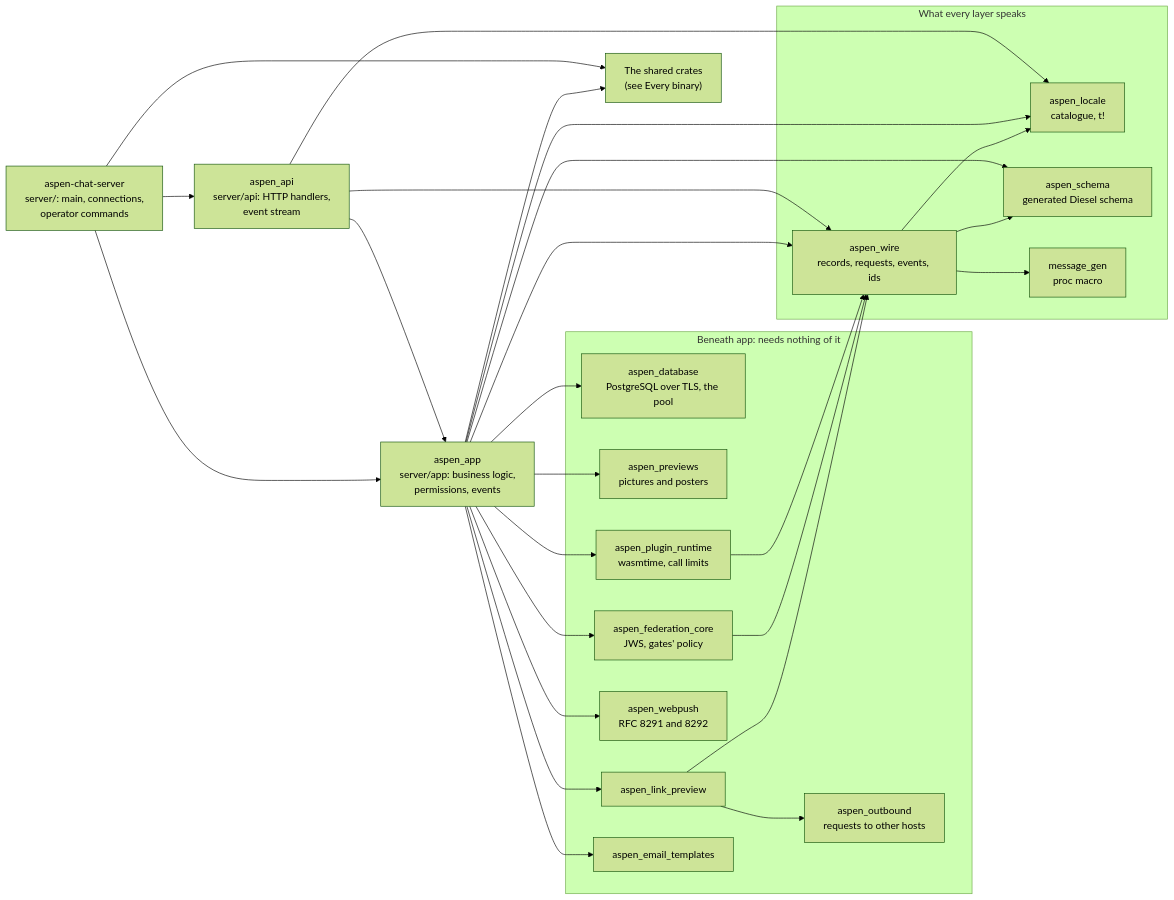
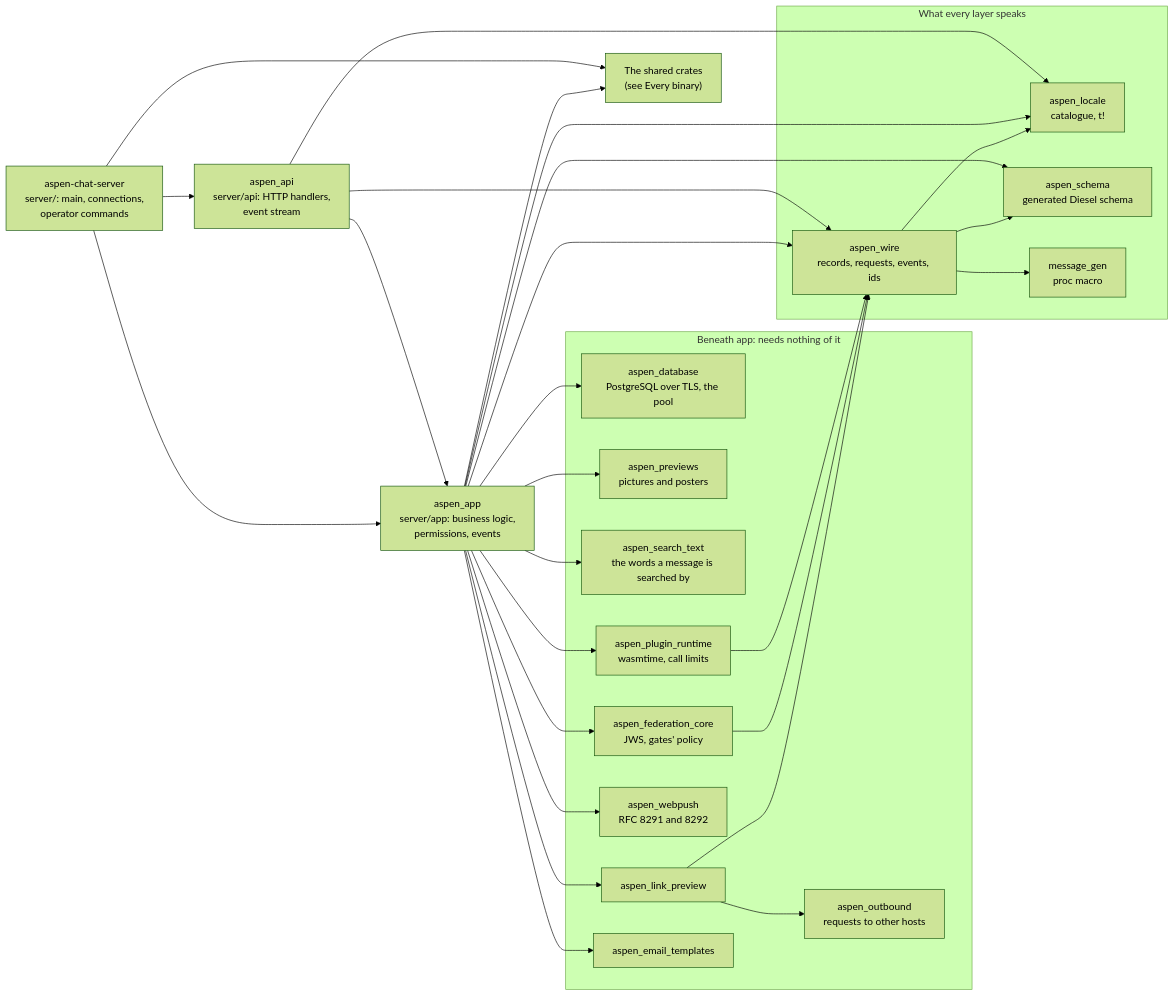
One commit to aspen-chat/aspen-chat-server changed the first of 3 diagrams in docs/diagrams/crates.md. Above: the diagram before and after it, drawn with Mermaid (forest theme). The commit also changed other lines of this file and 21 other files, not shown here.

````diff
--- a/docs/diagrams/crates.md
+++ b/docs/diagrams/crates.md
@@ -12,36 +12,37 @@
 ```mermaid
 flowchart LR
     bin["aspen-chat-server<br/>server/: main, connections,<br/>operator commands"]
     api["aspen_api<br/>server/api: HTTP handlers,<br/>event stream"]
     app["aspen_app<br/>server/app: business logic,<br/>permissions, events"]
 
     subgraph beneath["Beneath app: needs nothing of it"]
         database["aspen_database<br/>PostgreSQL over TLS, the pool"]
         previews["aspen_previews<br/>pictures and posters"]
+        search_text["aspen_search_text<br/>the words a message is searched by"]
         plugin_rt["aspen_plugin_runtime<br/>wasmtime, call limits"]
         link_preview["aspen_link_preview"]
         outbound["aspen_outbound<br/>requests to other hosts"]
         webpush["aspen_webpush<br/>RFC 8291 and 8292"]
         fed_core["aspen_federation_core<br/>JWS, gates' policy"]
         email_tpl["aspen_email_templates"]
     end
 
     subgraph foundation["What every layer speaks"]
         wire["aspen_wire<br/>records, requests, events, ids"]
         locale["aspen_locale<br/>catalogue, t!"]
         schema["aspen_schema<br/>generated Diesel schema"]
         message_gen["message_gen<br/>proc macro"]
     end
 
     shared["The shared crates<br/>(see Every binary)"]
 
     bin --> api --> app
     bin --> app
-    app --> database & previews & plugin_rt & link_preview & webpush & fed_core & email_tpl
+    app --> database & previews & search_text & plugin_rt & link_preview & webpush & fed_core & email_tpl
     link_preview --> outbound
     plugin_rt & fed_core & link_preview --> wire
     api & app --> wire & locale
     app --> schema
     wire --> message_gen & schema & locale
     bin & app --> shared
 ```
````
